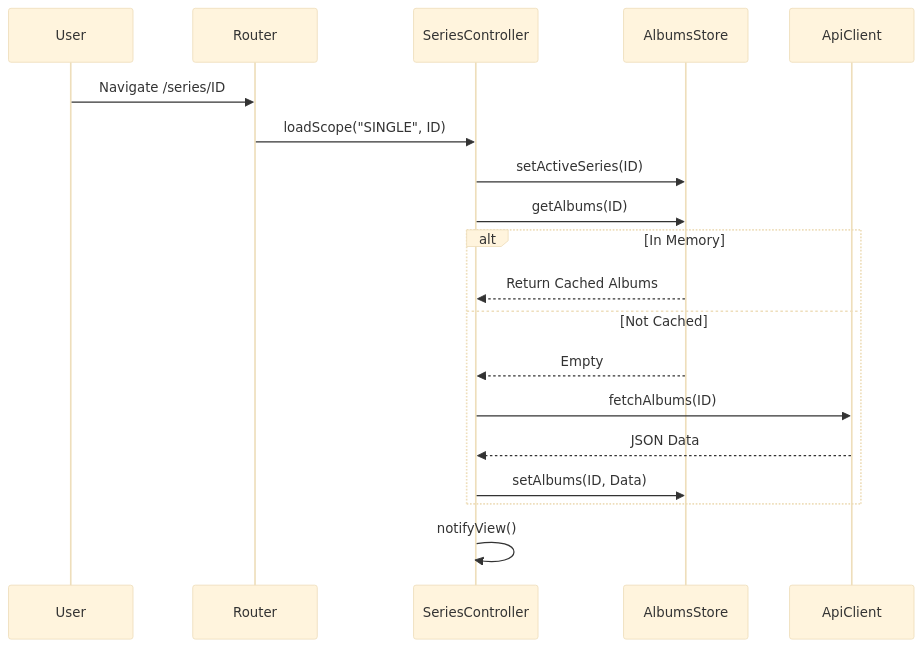
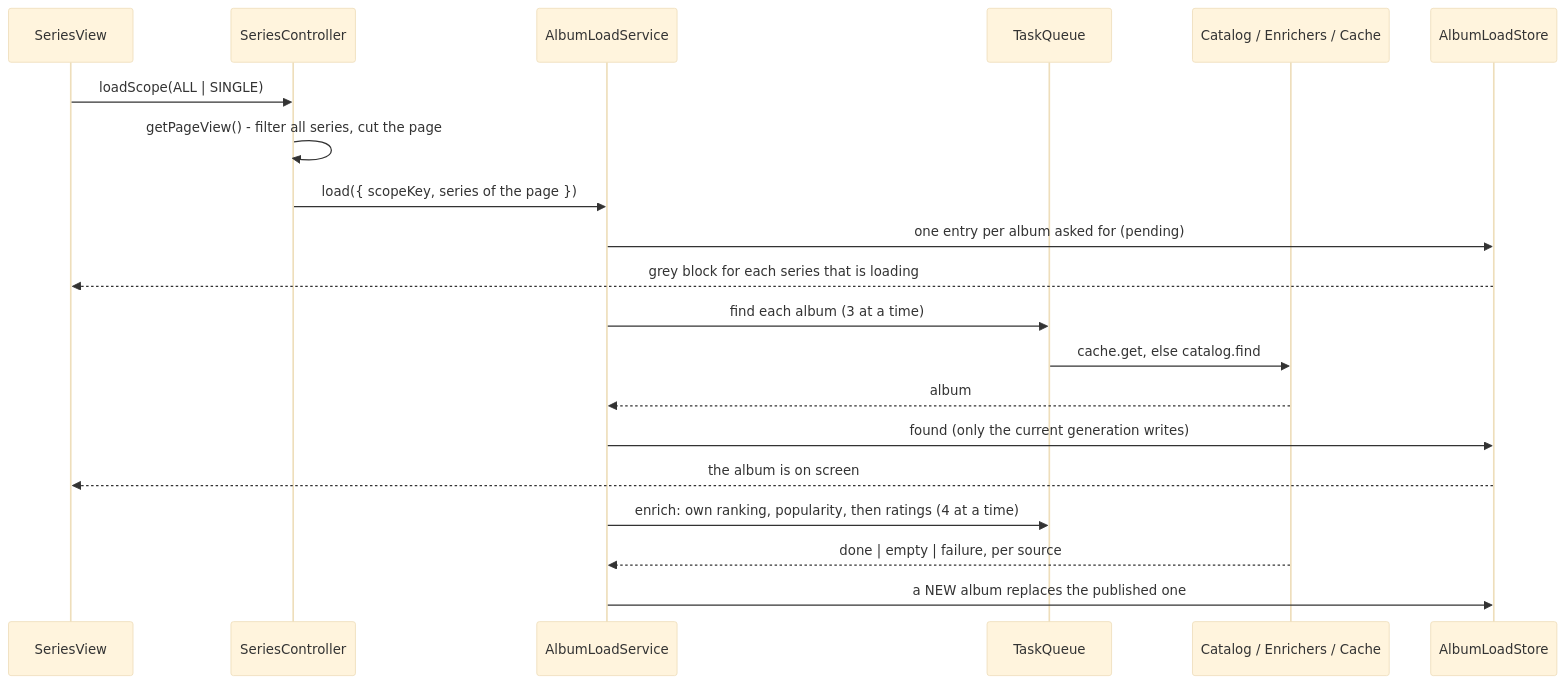
The diagram in docs/manual/08_Frontend_Models.md (maujrp99/MJRP_AlbumsBalancedPlaylists_v0), drawn with Mermaid (base theme) before and after one commit. The commit also changed other lines of this file and 15 other files, not shown here.

````diff
--- a/docs/manual/08_Frontend_Models.md
+++ b/docs/manual/08_Frontend_Models.md
@@ -21,25 +18,23 @@
 ```mermaid
 sequenceDiagram
-    participant User
-    participant Router
+    participant View as SeriesView
     participant Ctrl as SeriesController
-    participant Store as AlbumsStore
-    participant API as ApiClient
+    participant Svc as AlbumLoadService
+    participant Q as TaskQueue
+    participant Ports as Catalog / Enrichers / Cache
+    participant Store as AlbumLoadStore
 
-    User->>Router: Navigate /series/ID
-    Router->>Ctrl: loadScope("SINGLE", ID)
-    
-    Ctrl->>Store: setActiveSeries(ID)
-    Ctrl->>Store: getAlbums(ID)
-    
-    alt In Memory
-        Store-->>Ctrl: Return Cached Albums
-    else Not Cached
-        Store-->>Ctrl: Empty
-        Ctrl->>API: fetchAlbums(ID)
-        API-->>Ctrl: JSON Data
-        Ctrl->>Store: setAlbums(ID, Data)
-    end
-    
-    Ctrl->>Ctrl: notifyView()
+    View->>Ctrl: loadScope(ALL | SINGLE)
+    Ctrl->>Ctrl: getPageView() - filter all series, cut the page
+    Ctrl->>Svc: load({ scopeKey, series of the page })
+    Svc->>Store: one entry per album asked for (pending)
+    Store-->>View: grey block for each series that is loading
+    Svc->>Q: find each album (3 at a time)
+    Q->>Ports: cache.get, else catalog.find
+    Ports-->>Svc: album
+    Svc->>Store: found (only the current generation writes)
+    Store-->>View: the album is on screen
+    Svc->>Q: enrich: own ranking, popularity, then ratings (4 at a time)
+    Ports-->>Svc: done | empty | failure, per source
+    Svc->>Store: a NEW album replaces the published one
 ```
````
